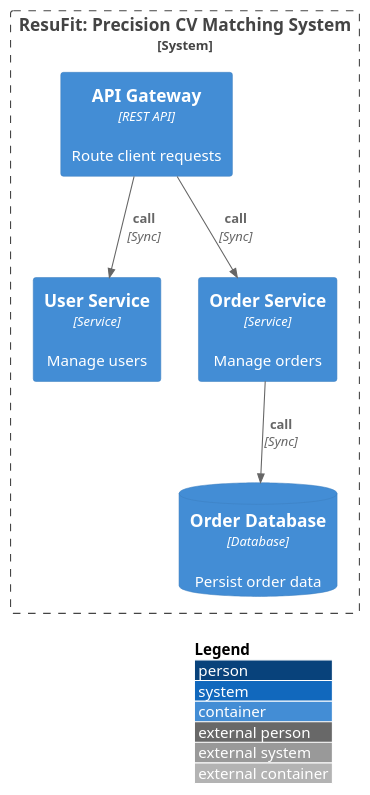
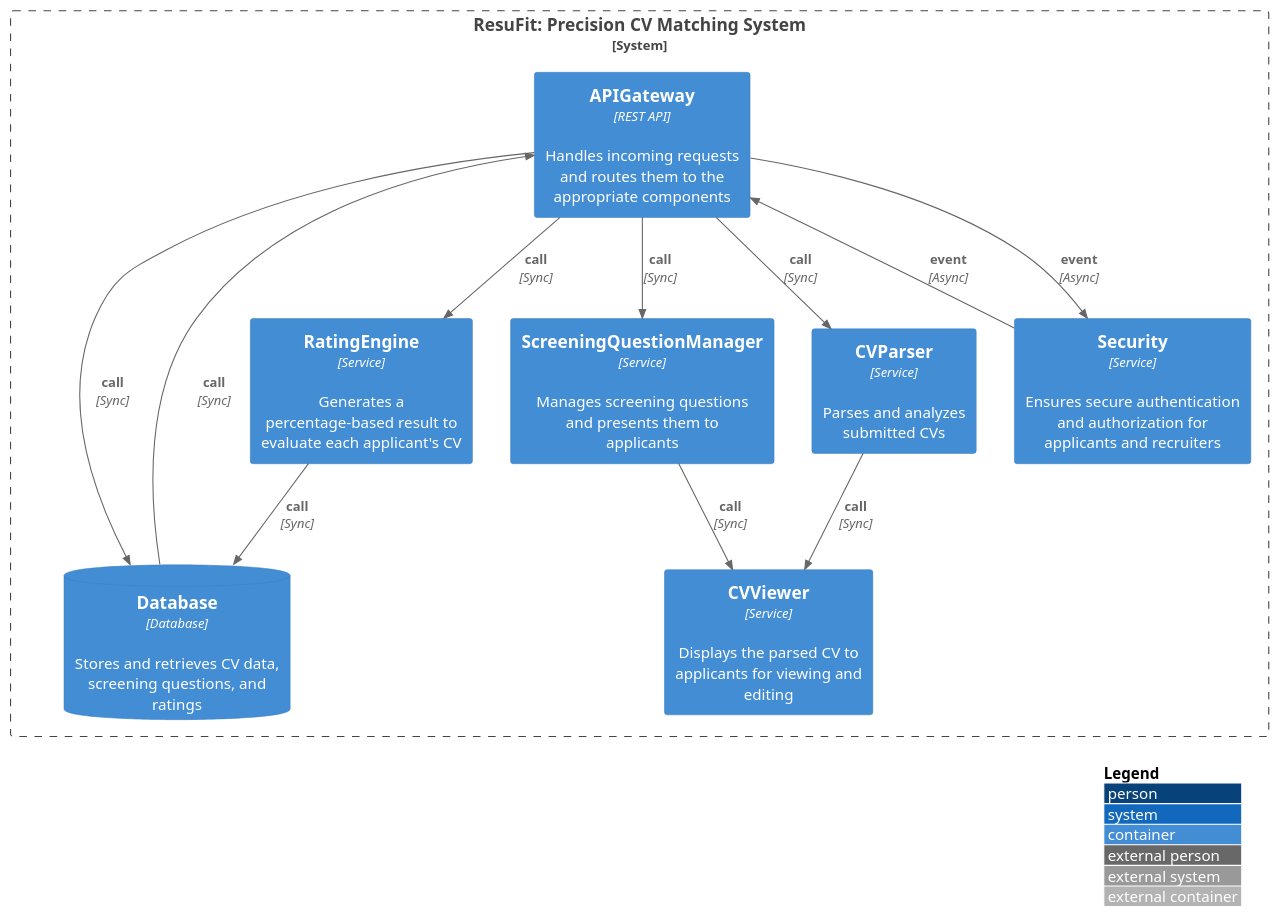
Before and after one commit to hanaAbdelwahab/GPARCHIMIND: the diagram in data/outputs/architecture_c4.puml, drawn with PlantUML. The commit also changed 20 other files, not shown here.

Commit message:
sign up & login database editing

```diff
--- a/data/outputs/architecture_c4.puml
+++ b/data/outputs/architecture_c4.puml
@@ -1,13 +1,23 @@
 @startuml
 !include https://raw.githubusercontent.com/plantuml-stdlib/C4-PlantUML/master/C4_Container.puml
 LAYOUT_WITH_LEGEND()
 System_Boundary(ResuFitPrecisionCVMatchingSystem, "ResuFit: Precision CV Matching System") {
-  Container(APIGateway, "API Gateway", "REST API", "Route client requests")
-  Container(UserService, "User Service", "Service", "Manage users")
-  Container(OrderService, "Order Service", "Service", "Manage orders")
-  ContainerDb(OrderDatabase, "Order Database", "Database", "Persist order data")
+  Container(CVParser, "CVParser", "Service", "Parses and analyzes submitted CVs")
+  Container(CVViewer, "CVViewer", "Service", "Displays the parsed CV to applicants for viewing and editing")
+  Container(ScreeningQuestionManager, "ScreeningQuestionManager", "Service", "Manages screening questions and presents them to applicants")
+  Container(RatingEngine, "RatingEngine", "Service", "Generates a percentage-based result to evaluate each applicant's CV")
+  ContainerDb(Database, "Database", "Database", "Stores and retrieves CV data, screening questions, and ratings")
+  Container(APIGateway, "APIGateway", "REST API", "Handles incoming requests and routes them to the appropriate components")
+  Container(Security, "Security", "Service", "Ensures secure authentication and authorization for applicants and recruiters")
 }
-Rel(APIGateway, UserService, "call", "Sync")
-Rel(APIGateway, OrderService, "call", "Sync")
-Rel(OrderService, OrderDatabase, "call", "Sync")
+Rel(APIGateway, CVParser, "call", "Sync")
+Rel(APIGateway, ScreeningQuestionManager, "call", "Sync")
+Rel(APIGateway, RatingEngine, "call", "Sync")
+Rel(APIGateway, Database, "call", "Sync")
+Rel(APIGateway, Security, "event", "Async")
+Rel(CVParser, CVViewer, "call", "Sync")
+Rel(ScreeningQuestionManager, CVViewer, "call", "Sync")
+Rel(RatingEngine, Database, "call", "Sync")
+Rel(Database, APIGateway, "call", "Sync")
+Rel(Security, APIGateway, "event", "Async")
 @enduml
```
